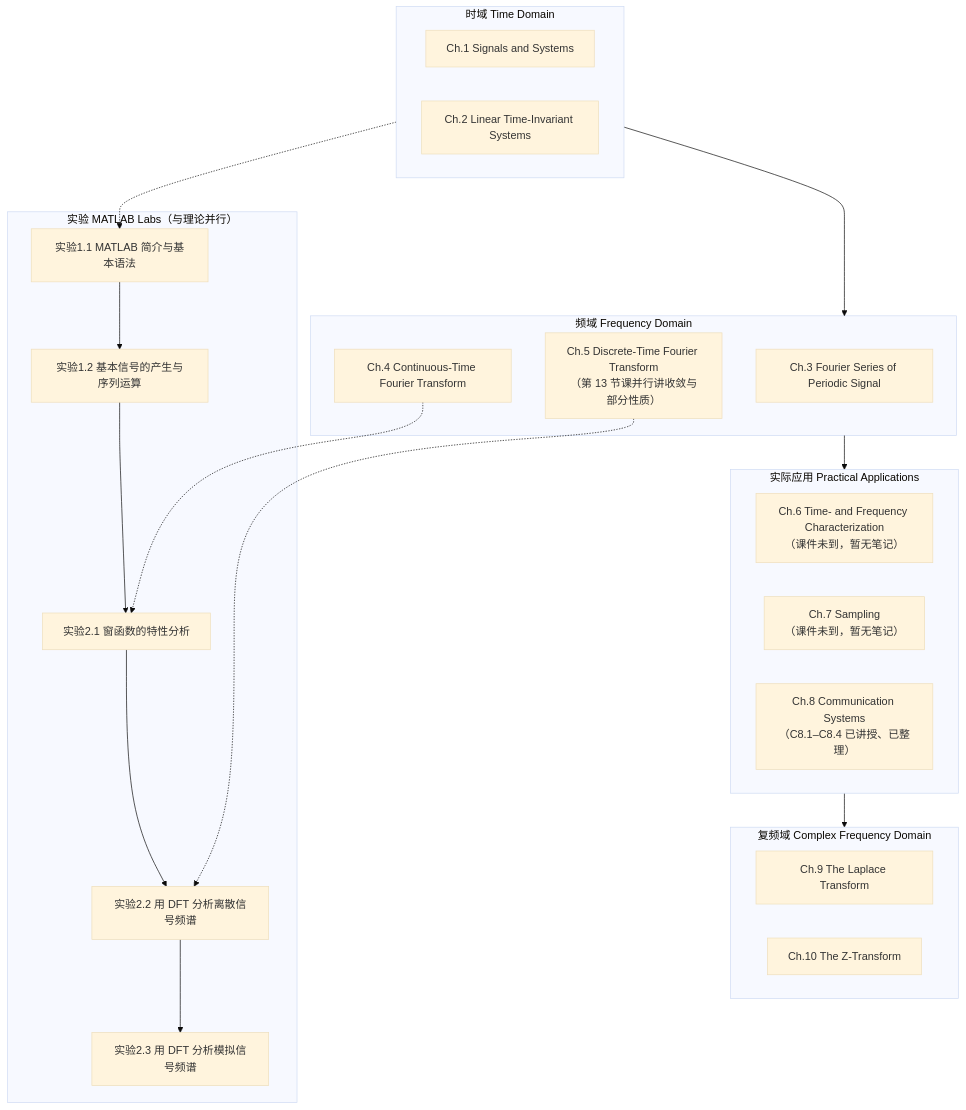
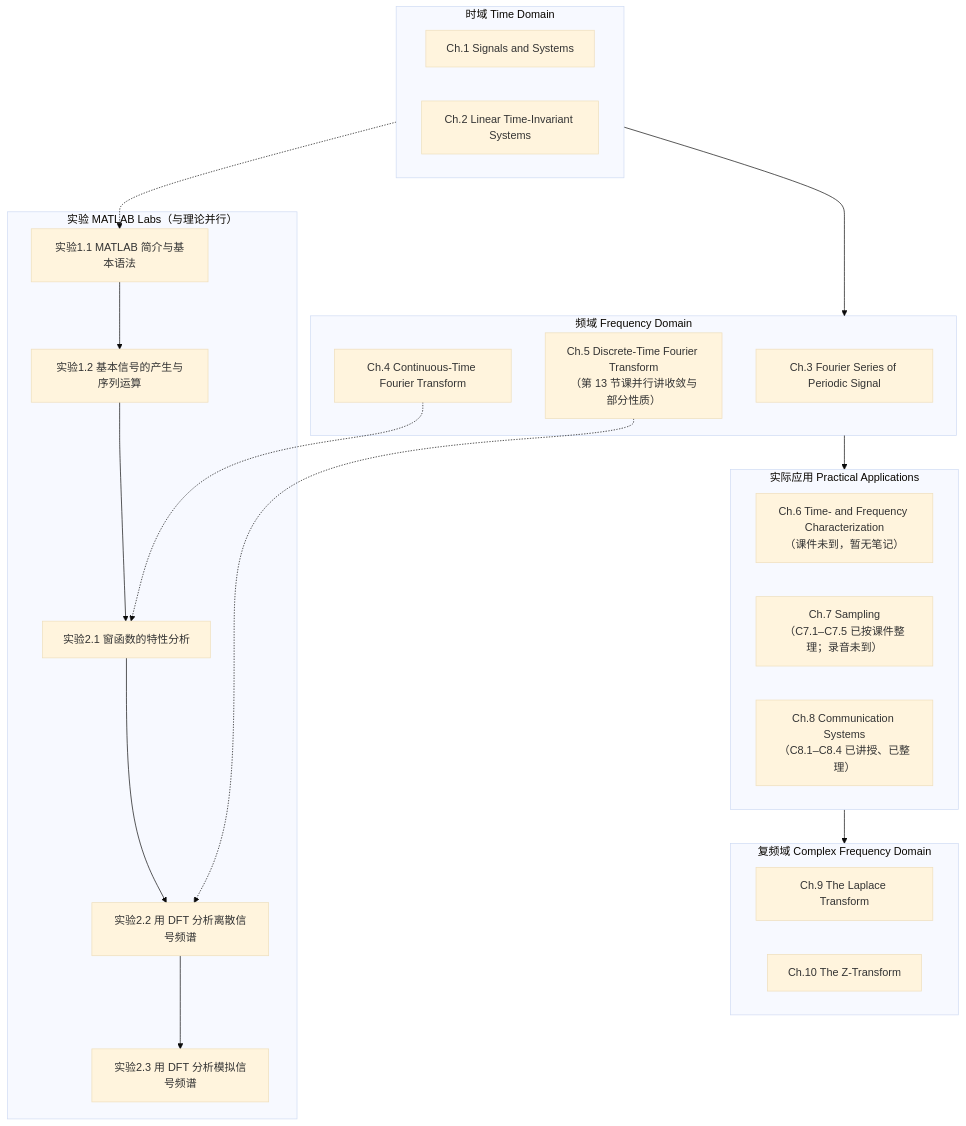
One commit to KayeAdams515/ClaudeNotes changed the first of 7 diagrams in 信号与系统/信号与系统 MOC.md. Above: the diagram before and after it, drawn with Mermaid (base theme). The commit also changed other lines of this file and 13 other files, not shown here.

````diff
--- a/信号与系统/信号与系统 MOC.md
+++ b/信号与系统/信号与系统 MOC.md
@@ -373,33 +404,33 @@
 ```mermaid
 flowchart TD
     subgraph A["时域 Time Domain"]
         C1["Ch.1 Signals and Systems"]
         C2["Ch.2 Linear Time-Invariant Systems"]
     end
     subgraph B["频域 Frequency Domain"]
         C3["Ch.3 Fourier Series of Periodic Signal"]
         C4["Ch.4 Continuous-Time Fourier Transform"]
         C5["Ch.5 Discrete-Time Fourier Transform<br/>（第 13 节课并行讲收敛与部分性质）"]
     end
     subgraph C["实际应用 Practical Applications"]
         C6["Ch.6 Time- and Frequency Characterization<br/>（课件未到，暂无笔记）"]
-        C7["Ch.7 Sampling<br/>（课件未到，暂无笔记）"]
+        C7["Ch.7 Sampling<br/>（C7.1–C7.5 已按课件整理；录音未到）"]
         C8["Ch.8 Communication Systems<br/>（C8.1–C8.4 已讲授、已整理）"]
     end
     subgraph D["复频域 Complex Frequency Domain"]
         C9["Ch.9 The Laplace Transform"]
         C10["Ch.10 The Z-Transform"]
     end
     subgraph E["实验 MATLAB Labs（与理论并行）"]
         L1["实验1.1 MATLAB 简介与基本语法"]
         L2["实验1.2 基本信号的产生与序列运算"]
         L3["实验2.1 窗函数的特性分析"]
         L4["实验2.2 用 DFT 分析离散信号频谱"]
         L5["实验2.3 用 DFT 分析模拟信号频谱"]
     end
     A --> B --> C --> D
     L1 --> L2 --> L3 --> L4 --> L5
     A -.-> L1
     C4 -.-> L3
     C5 -.-> L4
 ```
````
